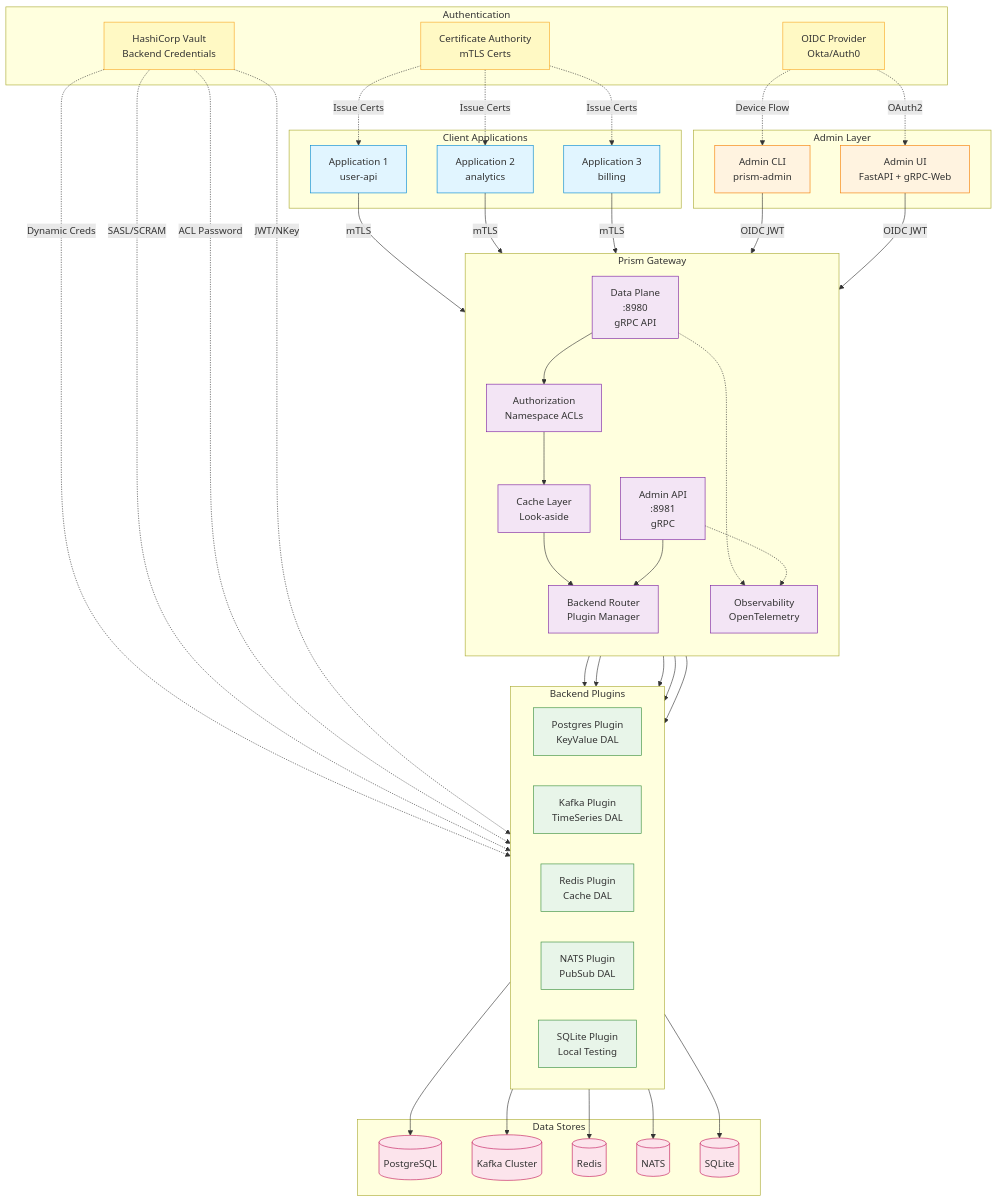
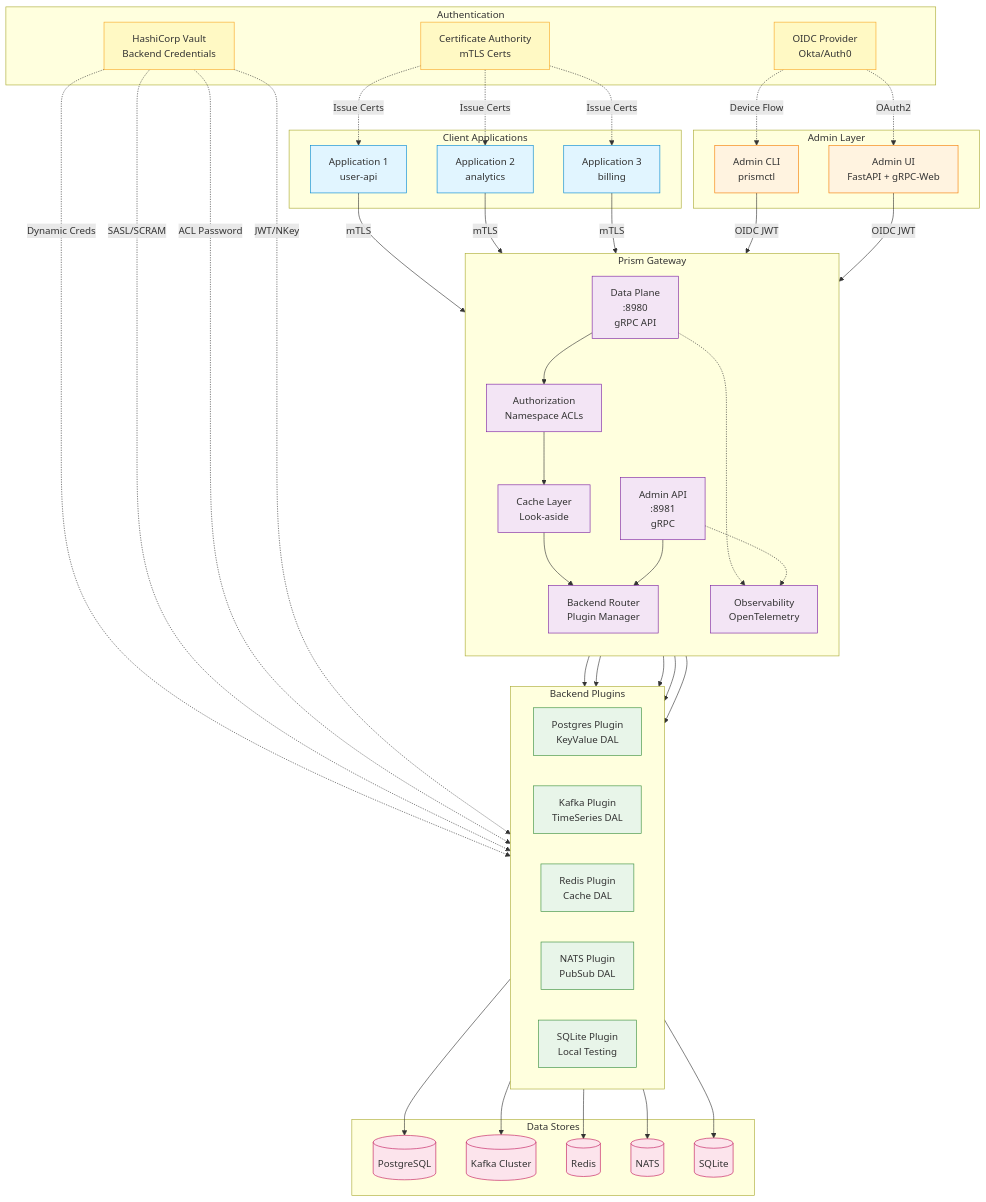
Before and after one commit to jrepp/prism-data-layer: the diagram in docs-cms/adr/README.md, drawn with Mermaid. The commit also changed other lines of this file and 4 other files, not shown here.

First line of the commit message:
Add ADR-040 for Go binary admin CLI (prismctl)

```diff
--- a/docs-cms/adr/README.md
+++ b/docs-cms/adr/README.md
@@ -13,7 +13,7 @@
     end
 
     subgraph "Admin Layer"
-        AdminCLI[Admin CLI<br/>prism-admin]
+        AdminCLI[Admin CLI<br/>prismctl]
         AdminUI[Admin UI<br/>FastAPI + gRPC-Web]
     end
 
```
